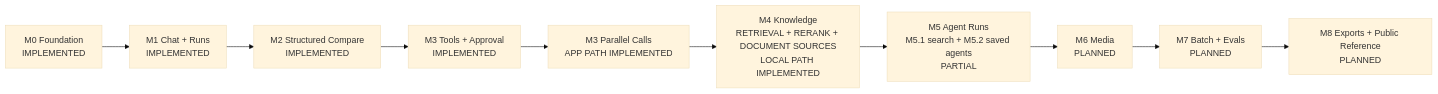
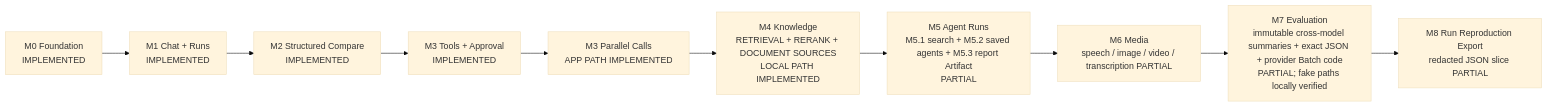
Diagram 11 of 11 in docs/ARCHITECTURE.md (yorzi/rubyllm-workbench), drawn with Mermaid (base theme) before and after one commit. The commit also changed other lines of this file and 12 other files, not shown here.

````diff
--- a/docs/ARCHITECTURE.md
+++ b/docs/ARCHITECTURE.md
@@ -606,12 +696,12 @@
 ```mermaid
 flowchart LR
     M0["M0 Foundation\nIMPLEMENTED"] --> M1["M1 Chat + Runs\nIMPLEMENTED"]
     M1 --> M2["M2 Structured Compare\nIMPLEMENTED"]
     M2 --> M3["M3 Tools + Approval\nIMPLEMENTED"]
     M3 --> M3P["M3 Parallel Calls\nAPP PATH IMPLEMENTED"]
     M3P --> M4["M4 Knowledge\nRETRIEVAL + RERANK + DOCUMENT SOURCES\nLOCAL PATH IMPLEMENTED"]
-    M4 --> M5["M5 Agent Runs\nM5.1 search + M5.2 saved agents\nPARTIAL"]
-    M5 --> M6["M6 Media\nPLANNED"]
-    M6 --> M7["M7 Batch + Evals\nPLANNED"]
-    M7 --> M8["M8 Exports + Public Reference\nPLANNED"]
+    M4 --> M5["M5 Agent Runs\nM5.1 search + M5.2 saved agents + M5.3 report Artifact\nPARTIAL"]
+    M5 --> M6["M6 Media\nspeech / image / video / transcription PARTIAL"]
+    M6 --> M7["M7 Evaluation\nimmutable cross-model summaries + exact JSON + provider Batch code\nPARTIAL; fake paths locally verified"]
+    M7 --> M8["M8 Run Reproduction Export\nredacted JSON slice PARTIAL"]
 ```
````
